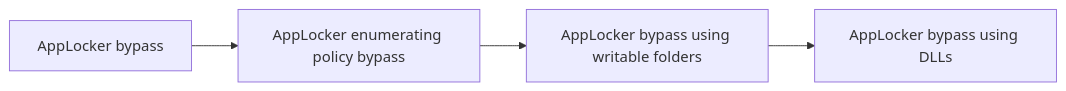
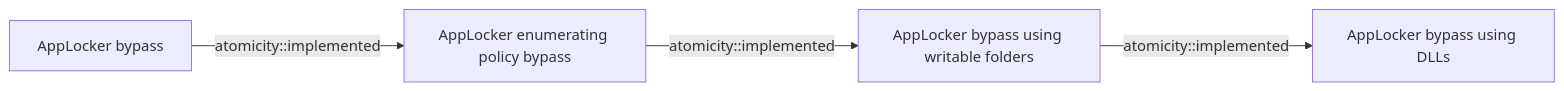
The diagram in docs/threats/applocker-bypass.md (opentidehq/library), drawn with Mermaid before and after one commit. The commit also changed other lines of this file and 277 other files, not shown here.

````diff
--- a/docs/threats/applocker-bypass.md
+++ b/docs/threats/applocker-bypass.md
@@ -56,10 +94,10 @@
 ```mermaid
 flowchart LR
 197c06c8_7959_4e28_9ede_b3e7b6f13442["AppLocker bypass"]
 9a1aeae5_912e_492c_b5d4_8bce91a95dae["AppLocker enumerating policy bypass"]
 ff8c52ac_77d0_4bee_9f6d_e40fc6e0da63["AppLocker bypass using writable folders"]
 a73c2506_8584_4c0b_bfdc_52e33c8bd229["AppLocker bypass using DLLs"]
-197c06c8_7959_4e28_9ede_b3e7b6f13442 --> 9a1aeae5_912e_492c_b5d4_8bce91a95dae
-9a1aeae5_912e_492c_b5d4_8bce91a95dae --> ff8c52ac_77d0_4bee_9f6d_e40fc6e0da63
-ff8c52ac_77d0_4bee_9f6d_e40fc6e0da63 --> a73c2506_8584_4c0b_bfdc_52e33c8bd229
+197c06c8_7959_4e28_9ede_b3e7b6f13442 -->|atomicity::implemented| 9a1aeae5_912e_492c_b5d4_8bce91a95dae
+9a1aeae5_912e_492c_b5d4_8bce91a95dae -->|atomicity::implemented| ff8c52ac_77d0_4bee_9f6d_e40fc6e0da63
+ff8c52ac_77d0_4bee_9f6d_e40fc6e0da63 -->|atomicity::implemented| a73c2506_8584_4c0b_bfdc_52e33c8bd229
 ```
````
